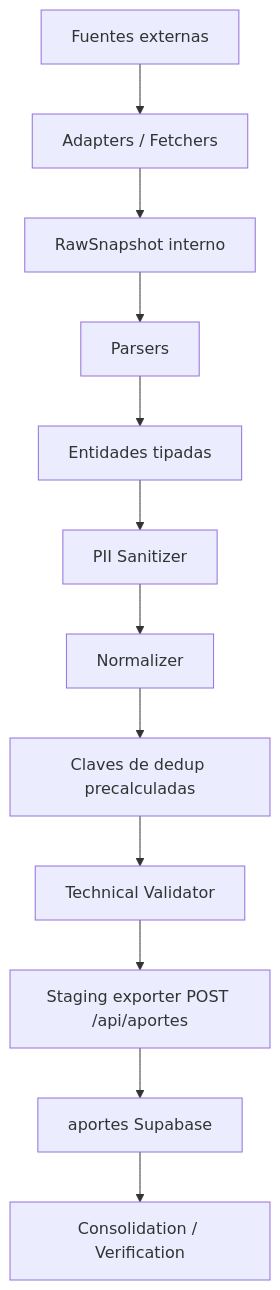
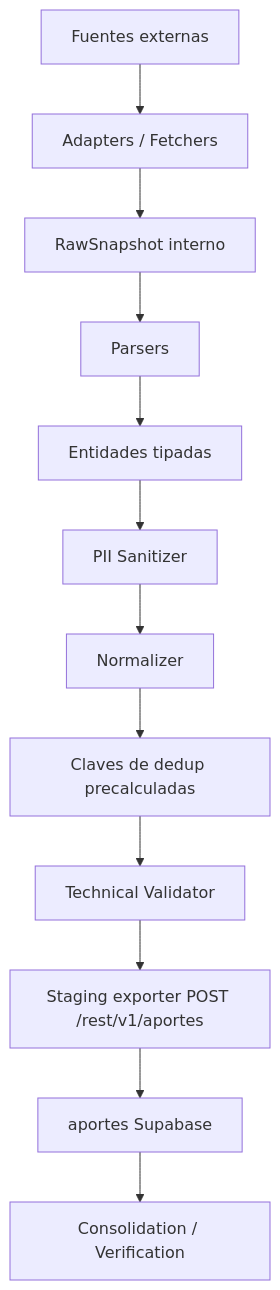
Before and after one commit to DataVenezuela/VenezuelaDataCrisis: the diagram in docs/pipeline.md, drawn with Mermaid. The commit also changed other lines of this file and 10 other files, not shown here.

````diff
--- a/docs/pipeline.md
+++ b/docs/pipeline.md
@@ -115,14 +115,14 @@
 ```mermaid
 flowchart TD
     A[Fuentes externas] --> B[Adapters / Fetchers]
     B --> C[RawSnapshot interno]
     C --> D[Parsers]
     D --> E[Entidades tipadas]
     E --> F[PII Sanitizer]
     F --> G[Normalizer]
     G --> H[Claves de dedup precalculadas]
     H --> I[Technical Validator]
-    I --> J[Staging exporter POST /api/aportes]
+    I --> J[Staging exporter POST /rest/v1/aportes]
     J --> K[aportes Supabase]
     K --> L[Consolidation / Verification]
 ```
````
